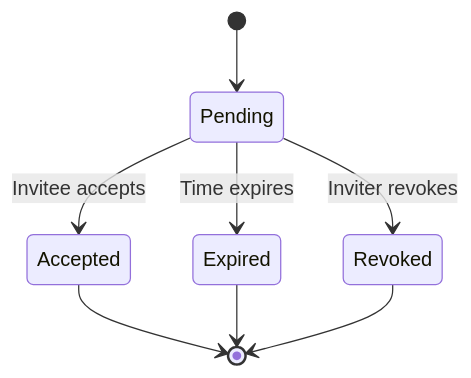
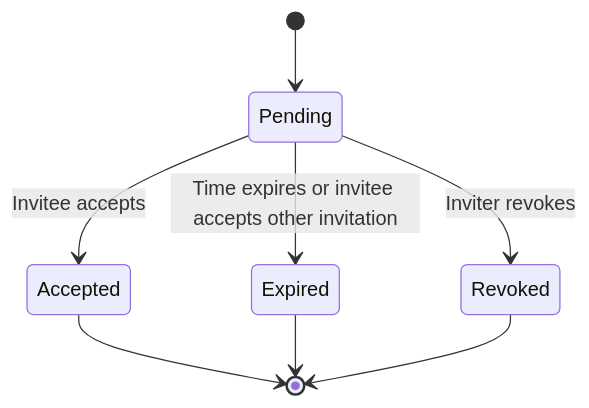
One commit to logto-io/rfcs changed the diagram in draft/0003-organization-invitation.md. Above: the diagram before and after it, drawn with Mermaid. The commit also changed other lines of this file, not shown here.

Commit message:
0003 draft v1.1

````diff
--- a/draft/0003-organization-invitation.md
+++ b/draft/0003-organization-invitation.md
@@ -46,10 +46,10 @@
 ```mermaid
 stateDiagram-v2
   [*] --> Pending
   Pending --> Accepted: Invitee accepts
-  Pending --> Expired: Time expires
+  Pending --> Expired: Time expires or invitee accepts other invitation
   Pending --> Revoked: Inviter revokes
   Accepted --> [*]
   Expired --> [*]
   Revoked --> [*]
 ```
````
